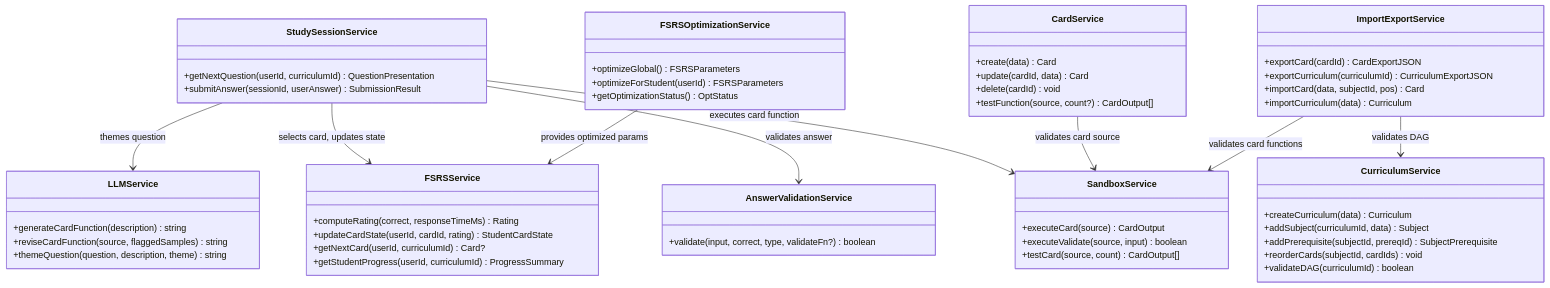
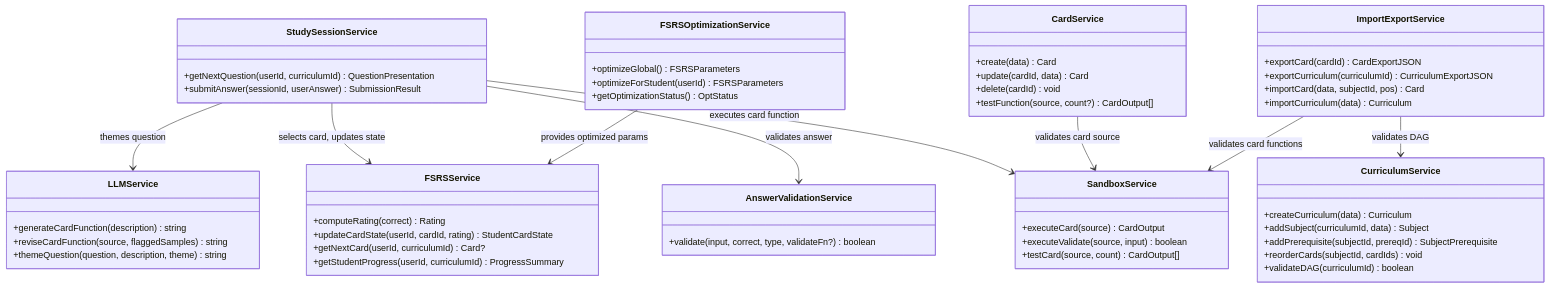
One commit to EmreEksi03/Programmable-Spaced-Repetition-Learning-Platform changed the third of 6 diagrams in LLD_Report.md. Above: the diagram before and after it, drawn with Mermaid. The commit also changed other lines of this file, not shown here.

First line of the commit message:
Update LLD to match ROADMAP decisions

````diff
--- a/LLD_Report.md
+++ b/LLD_Report.md
@@ -591,69 +643,69 @@
 ```mermaid
 classDiagram
     direction TB
 
     class StudySessionService {
         +getNextQuestion(userId, curriculumId) QuestionPresentation
         +submitAnswer(sessionId, userAnswer) SubmissionResult
     }
 
     class SandboxService {
         +executeCard(source) CardOutput
         +executeValidate(source, input) boolean
         +testCard(source, count) CardOutput[]
     }
 
     class FSRSService {
-        +computeRating(correct, responseTimeMs) Rating
+        +computeRating(correct) Rating
         +updateCardState(userId, cardId, rating) StudentCardState
         +getNextCard(userId, curriculumId) Card?
         +getStudentProgress(userId, curriculumId) ProgressSummary
     }
 
     class FSRSOptimizationService {
         +optimizeGlobal() FSRSParameters
         +optimizeForStudent(userId) FSRSParameters
         +getOptimizationStatus() OptStatus
     }
 
     class AnswerValidationService {
         +validate(input, correct, type, validateFn?) boolean
     }
 
     class LLMService {
         +generateCardFunction(description) string
         +reviseCardFunction(source, flaggedSamples) string
         +themeQuestion(question, description, theme) string
     }
 
     class CardService {
         +create(data) Card
         +update(cardId, data) Card
         +delete(cardId) void
         +testFunction(source, count?) CardOutput[]
     }
 
     class CurriculumService {
         +createCurriculum(data) Curriculum
         +addSubject(curriculumId, data) Subject
         +addPrerequisite(subjectId, prereqId) SubjectPrerequisite
         +reorderCards(subjectId, cardIds) void
         +validateDAG(curriculumId) boolean
     }
 
     class ImportExportService {
         +exportCard(cardId) CardExportJSON
         +exportCurriculum(curriculumId) CurriculumExportJSON
         +importCard(data, subjectId, pos) Card
         +importCurriculum(data) Curriculum
     }
 
     StudySessionService --> FSRSService : selects card, updates state
     StudySessionService --> SandboxService : executes card function
     StudySessionService --> AnswerValidationService : validates answer
     StudySessionService --> LLMService : themes question
     CardService --> SandboxService : validates card source
     FSRSOptimizationService --> FSRSService : provides optimized params
     ImportExportService --> CurriculumService : validates DAG
     ImportExportService --> SandboxService : validates card functions
 ```
````
